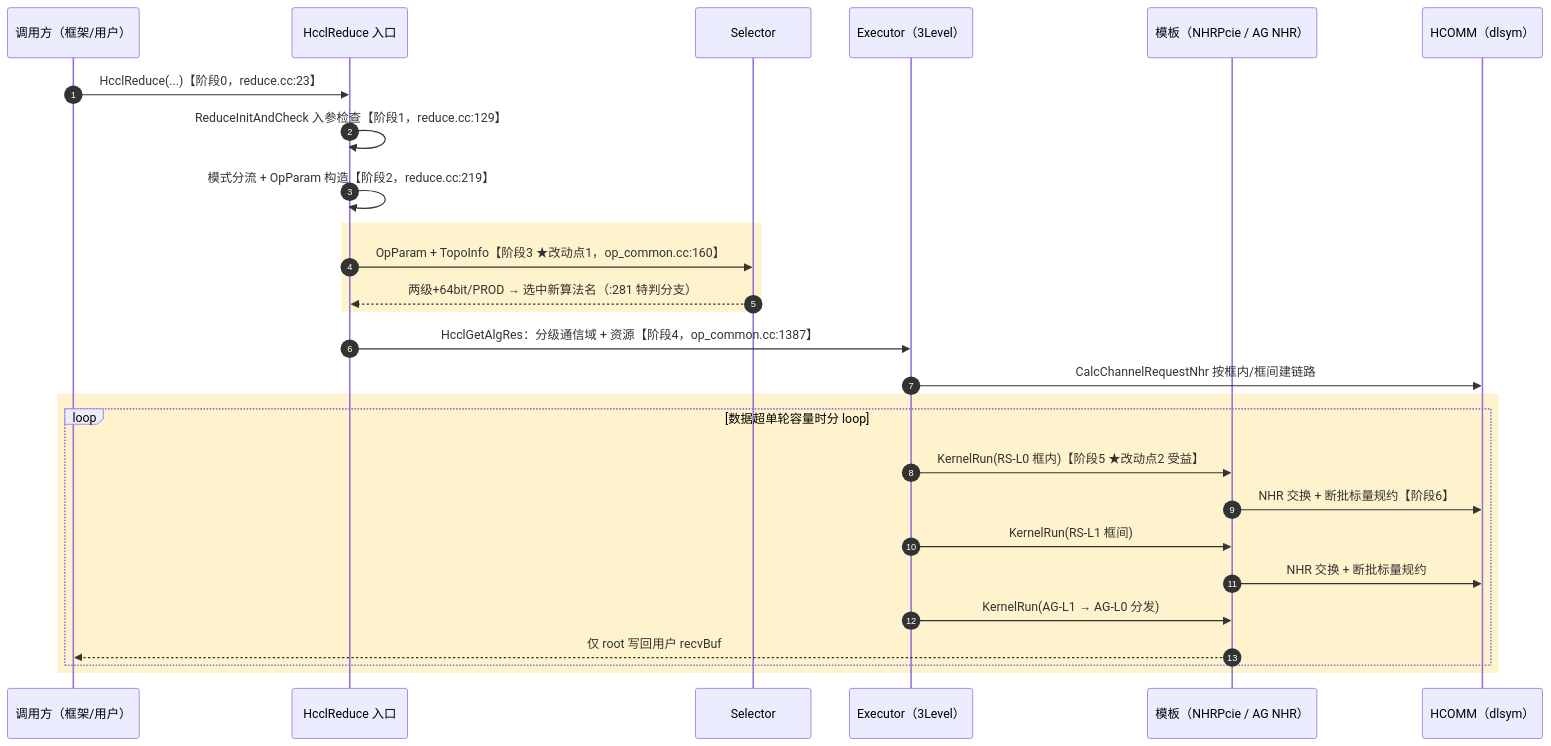
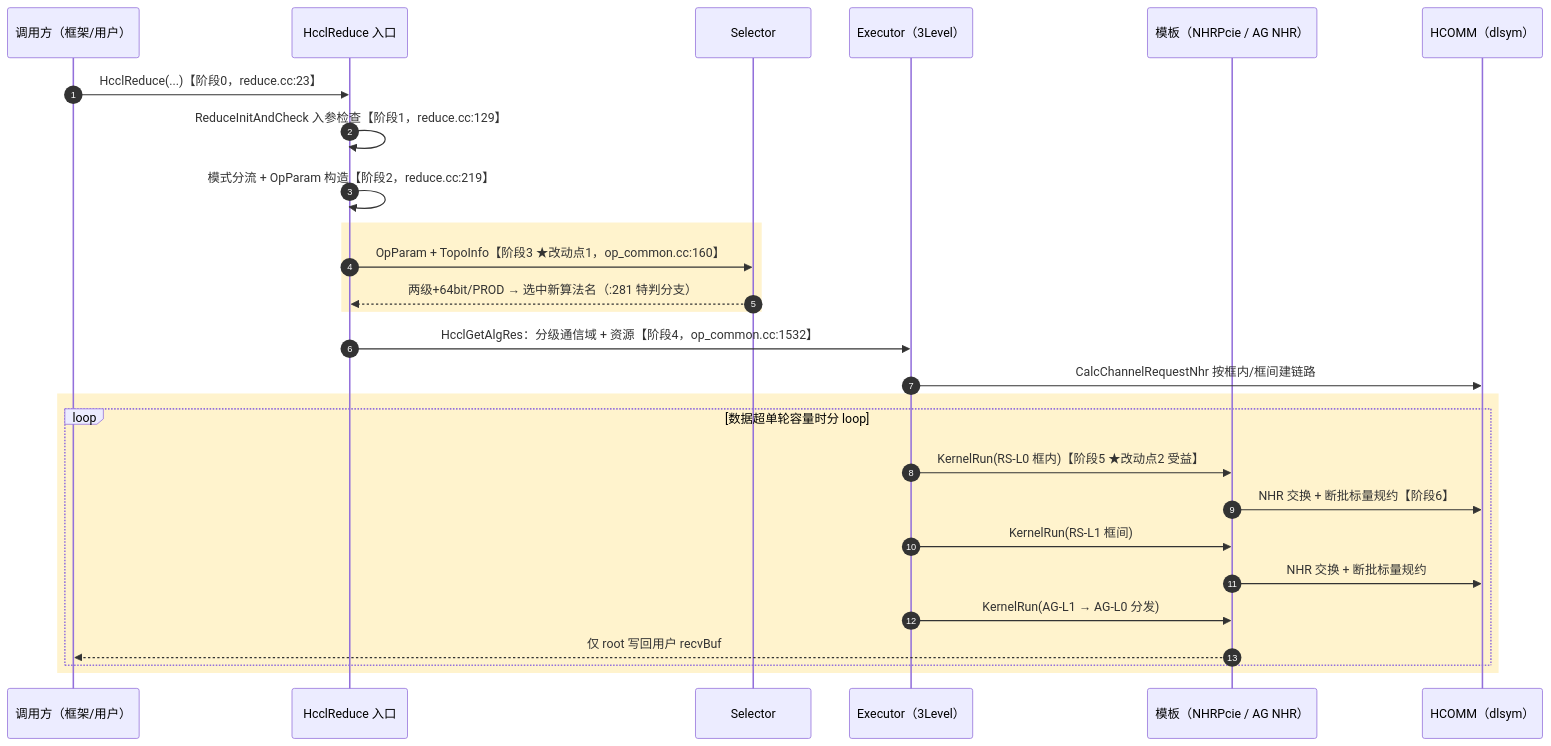
One commit to cassielee-tech/my-lib changed the third of 5 diagrams in design/26RP4/Reduce 64bit+特殊规约分级算法/srs&sd.md. Above: the diagram before and after it, drawn with Mermaid. The commit also changed other lines of this file, not shown here.

````diff
--- a/design/26RP4/Reduce 64bit+特殊规约分级算法/srs&sd.md
+++ b/design/26RP4/Reduce 64bit+特殊规约分级算法/srs&sd.md
@@ -150,29 +150,29 @@
 ```mermaid
 sequenceDiagram
     autonumber
     participant U as 调用方（框架/用户）
     participant API as HcclReduce 入口
     participant SEL as Selector
     participant EXE as Executor（3Level）
     participant TPL as 模板（NHRPcie / AG NHR）
     participant HC as HCOMM（dlsym）
     U->>API: HcclReduce(...)【阶段0，reduce.cc:23】
     API->>API: ReduceInitAndCheck 入参检查【阶段1，reduce.cc:129】
     API->>API: 模式分流 + OpParam 构造【阶段2，reduce.cc:219】
     rect rgb(255,243,205)
         API->>SEL: OpParam + TopoInfo【阶段3 ★改动点1，op_common.cc:160】
         SEL-->>API: 两级+64bit/PROD → 选中新算法名（:281 特判分支）
     end
-    API->>EXE: HcclGetAlgRes：分级通信域 + 资源【阶段4，op_common.cc:1387】
+    API->>EXE: HcclGetAlgRes：分级通信域 + 资源【阶段4，op_common.cc:1532】
     EXE->>HC: CalcChannelRequestNhr 按框内/框间建链路
     rect rgb(255,243,205)
         loop 数据超单轮容量时分 loop
             EXE->>TPL: KernelRun(RS-L0 框内)【阶段5 ★改动点2 受益】
             TPL->>HC: NHR 交换 + 断批标量规约【阶段6】
             EXE->>TPL: KernelRun(RS-L1 框间)
             TPL->>HC: NHR 交换 + 断批标量规约
             EXE->>TPL: KernelRun(AG-L1 → AG-L0 分发)
             TPL-->>U: 仅 root 写回用户 recvBuf
         end
     end
 ```
````
